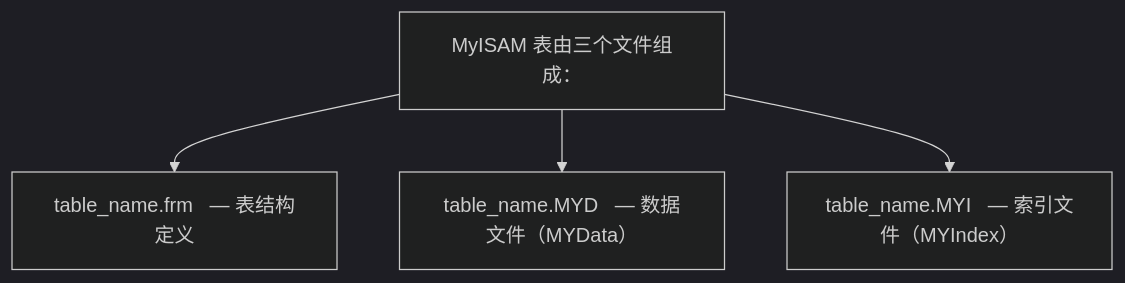
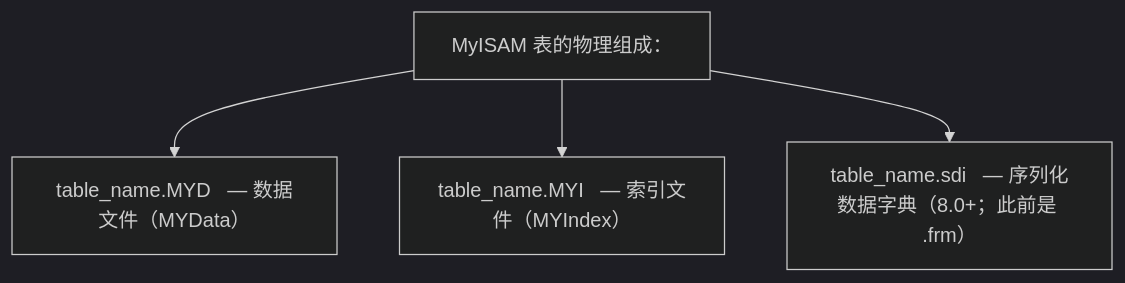
Before and after one commit to fanquanpp/FANDEX: the diagram in cnt-content/full/017-mysql/180-MyISAMStorageEngine.md, drawn with Mermaid (dark theme). The commit also changed other lines of this file and 1501 other files, not shown here.

````diff
--- a/cnt-content/full/017-mysql/180-MyISAMStorageEngine.md
+++ b/cnt-content/full/017-mysql/180-MyISAMStorageEngine.md
@@ -38,10 +38,10 @@
 ```mermaid
 flowchart TD
-    T0["MyISAM 表由三个文件组成："]
-    T1["table_name.frm   — 表结构定义"]
-    T2["table_name.MYD   — 数据文件（MYData）"]
-    T3["table_name.MYI   — 索引文件（MYIndex）"]
+    T0["MyISAM 表的物理组成："]
+    T1["table_name.MYD   — 数据文件（MYData）"]
+    T2["table_name.MYI   — 索引文件（MYIndex）"]
+    T3["table_name.sdi   — 序列化数据字典（8.0+；此前是 .frm）"]
     T0 --> T1
     T0 --> T2
     T0 --> T3
 ```
````
